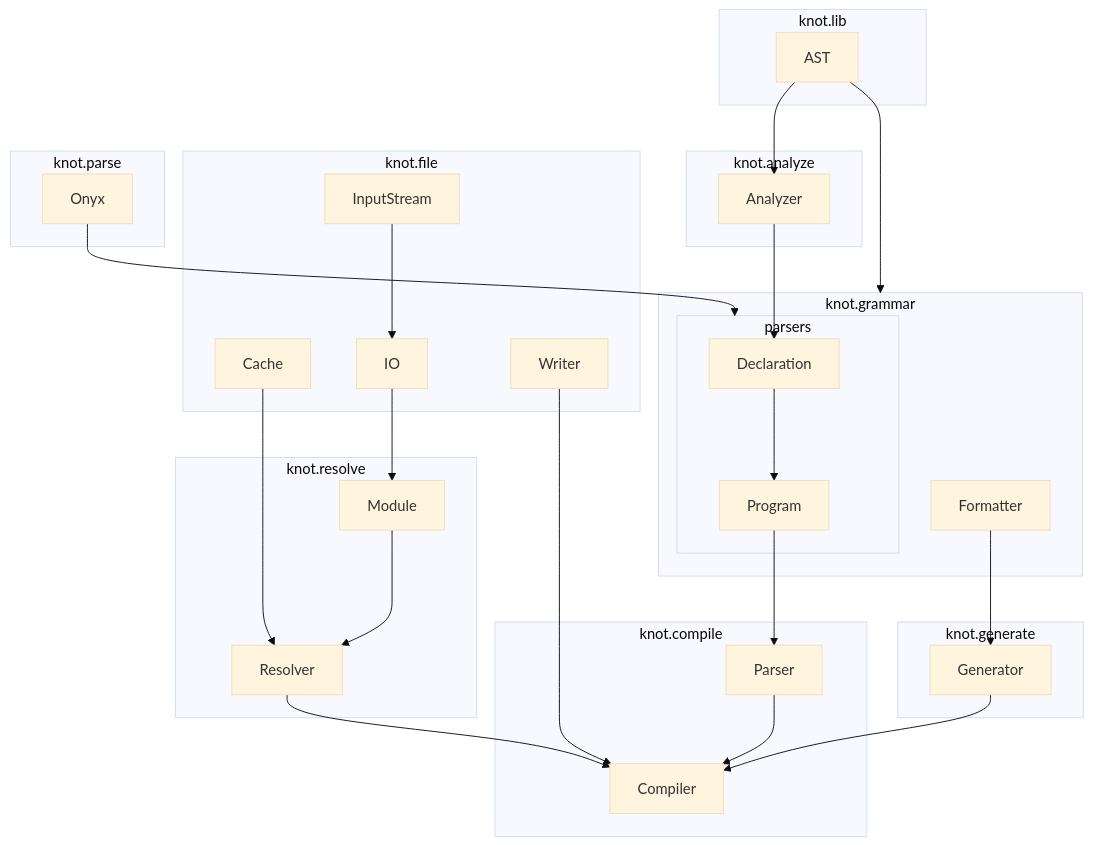
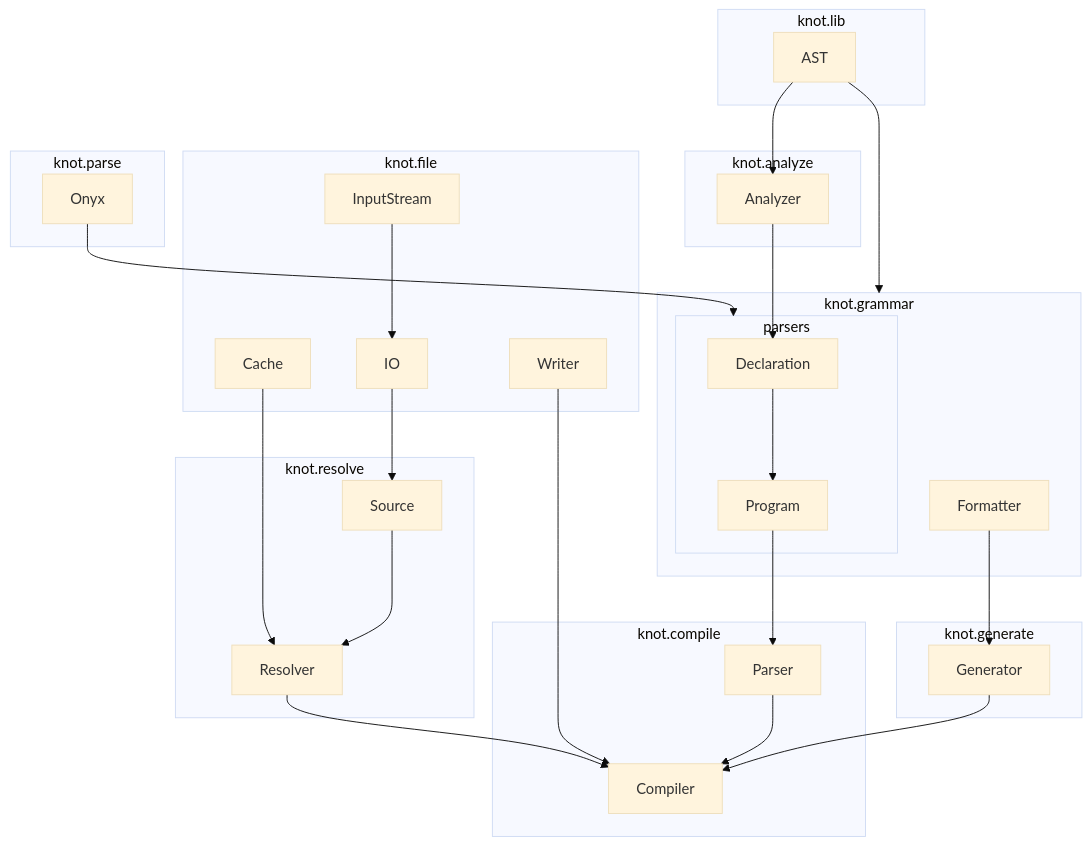
Before and after one commit to effervescentia/knot: the diagram in compiler/doc/compiler_architecture.mmd, drawn with Mermaid (base theme). The commit also changed 21 other files, not shown here.

Commit message:
refactor: rename Module -> Source

```diff
--- a/compiler/doc/compiler_architecture.mmd
+++ b/compiler/doc/compiler_architecture.mmd
@@ -1,68 +1,68 @@
 flowchart TD
   %% lib
   subgraph knot.lib
     AST
   end
   AST --> Analyzer
   AST --> knot.grammar
 
   %% analyze
   subgraph knot.analyze
     Analyzer
   end
   Analyzer --> Declaration
 
   %% file
   subgraph knot.file
     InputStream
     Cache
     IO
     Writer
 
     InputStream --> IO
   end
   Cache --> Resolver
   Writer --> Compiler
-  IO --> Module
+  IO --> Source
 
   %% compile
   subgraph knot.compile
     Compiler
     Parser
   end
 
   %% resolve
   subgraph knot.resolve
     Resolver
-    Module
+    Source
 
-    Module --> Resolver
+    Source --> Resolver
   end
   Parser --> Compiler
   Resolver --> Compiler
 
   %% parse
   subgraph knot.parse
     Onyx
   end
   Onyx --> parsers
 
   %% grammar
   subgraph knot.grammar
     subgraph parsers
       Program
       Declaration
 
       Declaration --> Program
     end
 
     Formatter
   end
   Formatter --> Generator
   Program --> Parser
 
   %% generate
   subgraph knot.generate
     Generator
   end
   Generator --> Compiler
```
